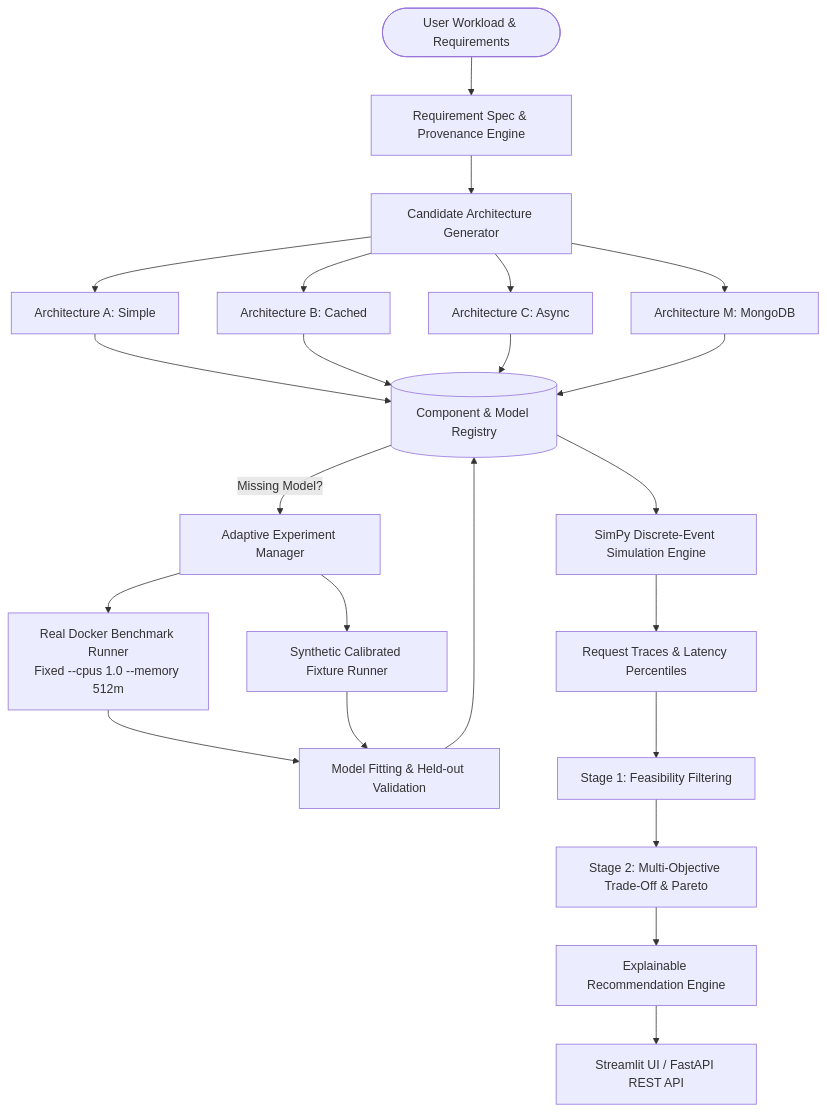
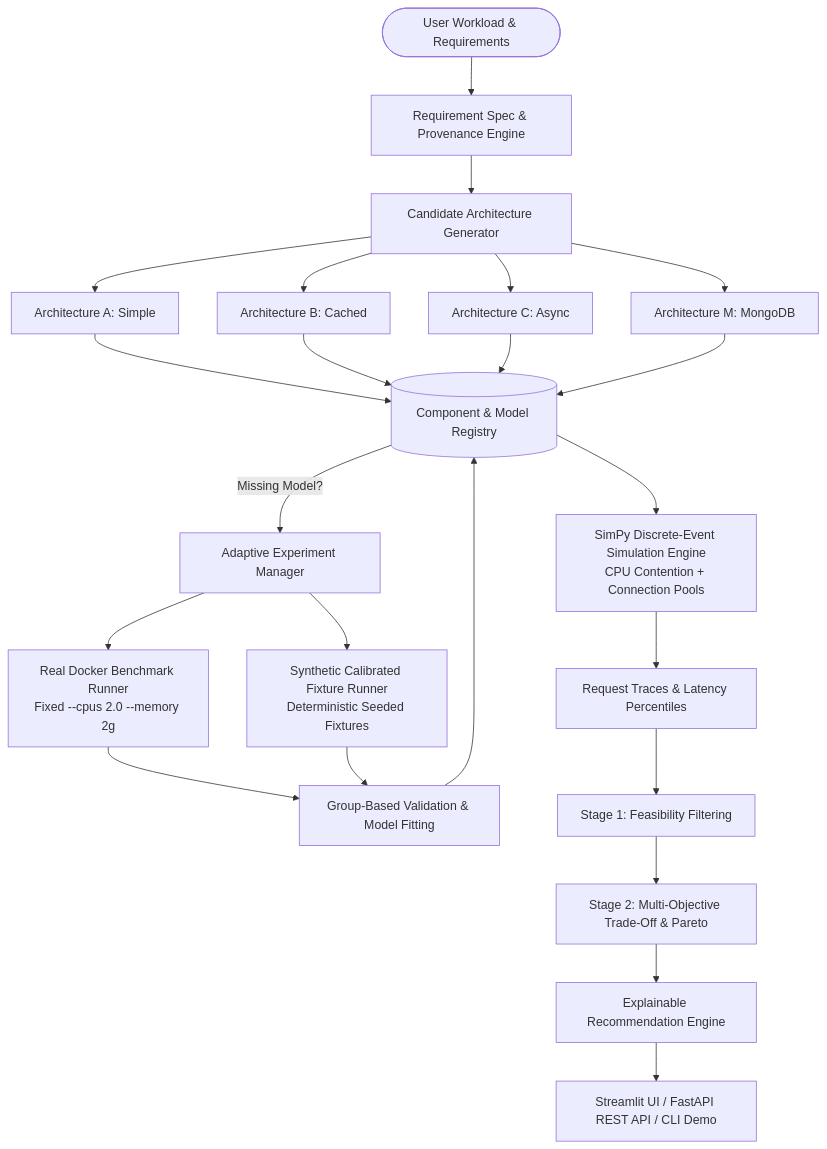
The diagram in README.md (Vicky-258/ORBIT), drawn with Mermaid before and after one commit. The commit also changed other lines of this file and 17 other files, not shown here.

````diff
--- a/README.md
+++ b/README.md
@@ -32,26 +32,29 @@
 ```mermaid
 flowchart TD
     User([User Workload & Requirements]) --> Specs[Requirement Spec & Provenance Engine]
     Specs --> Gen[Candidate Architecture Generator]
     Gen --> ArchA[Architecture A: Simple]
     Gen --> ArchB[Architecture B: Cached]
     Gen --> ArchC[Architecture C: Async]
     Gen --> ArchM[Architecture M: MongoDB]
     
     ArchA & ArchB & ArchC & ArchM --> Registry[(Component & Model Registry)]
     
     Registry -- "Missing Model?" --> BenchMgr[Adaptive Experiment Manager]
-    BenchMgr --> DockerRunner[Real Docker Benchmark Runner\nFixed --cpus 1.0 --memory 512m]
-    BenchMgr --> SynRunner[Synthetic Calibrated Fixture Runner]
+    BenchMgr --> DockerRunner[Real Docker Benchmark Runner
+Fixed --cpus 2.0 --memory 2g]
+    BenchMgr --> SynRunner[Synthetic Calibrated Fixture Runner
+Deterministic Seeded Fixtures]
     
-    DockerRunner & SynRunner --> ModelTrainer[Model Fitting & Held-out Validation]
+    DockerRunner & SynRunner --> ModelTrainer[Group-Based Validation & Model Fitting]
     ModelTrainer --> Registry
     
-    Registry --> SimPy[SimPy Discrete-Event Simulation Engine]
+    Registry --> SimPy[SimPy Discrete-Event Simulation Engine
+CPU Contention + Connection Pools]
     SimPy --> Metrics[Request Traces & Latency Percentiles]
     
     Metrics --> Stage1[Stage 1: Feasibility Filtering]
     Stage1 --> Stage2[Stage 2: Multi-Objective Trade-Off & Pareto]
     Stage2 --> Recommender[Explainable Recommendation Engine]
-    Recommender --> UI[Streamlit UI / FastAPI REST API]
+    Recommender --> UI[Streamlit UI / FastAPI REST API / CLI Demo]
 ```
````
